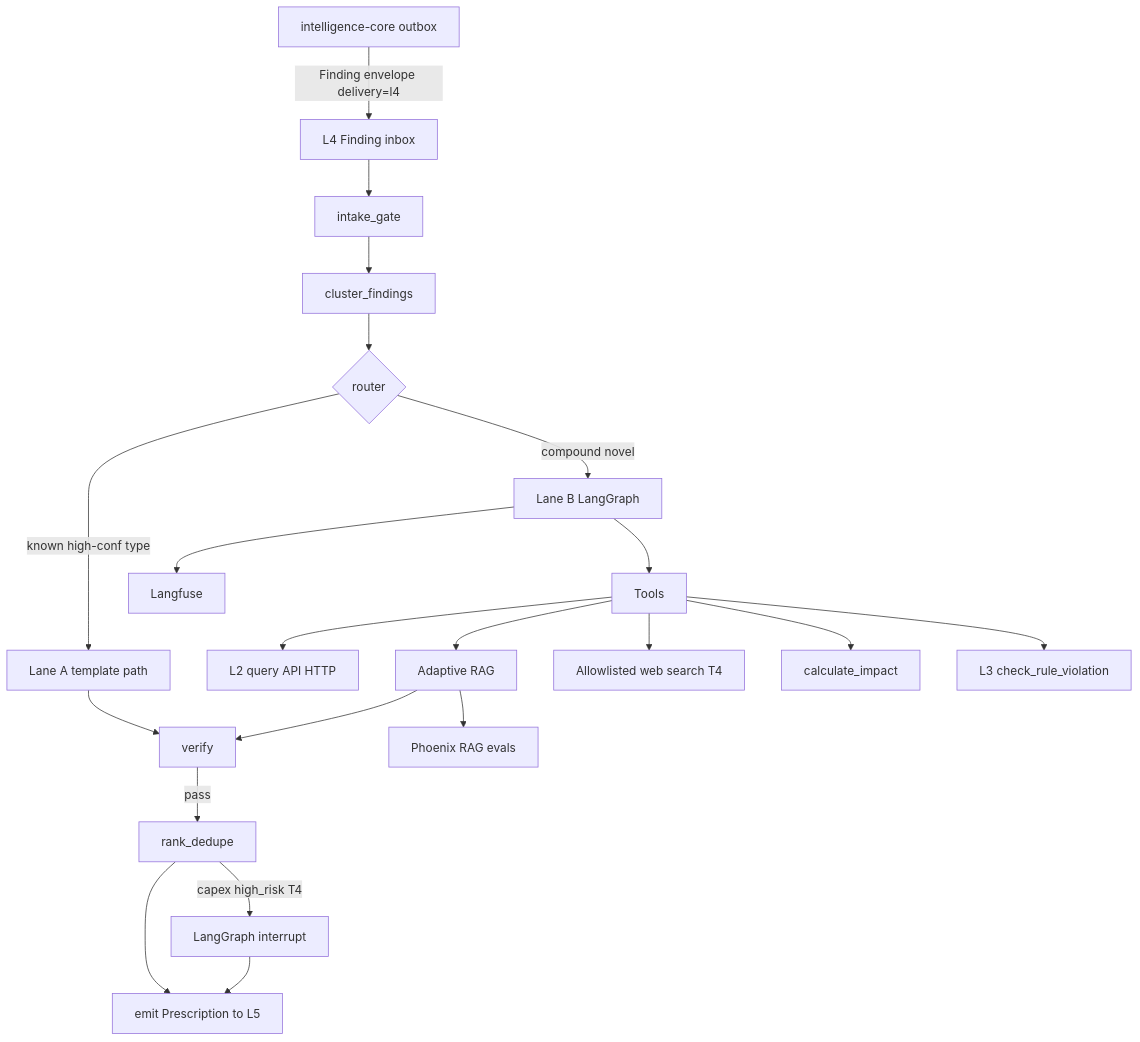
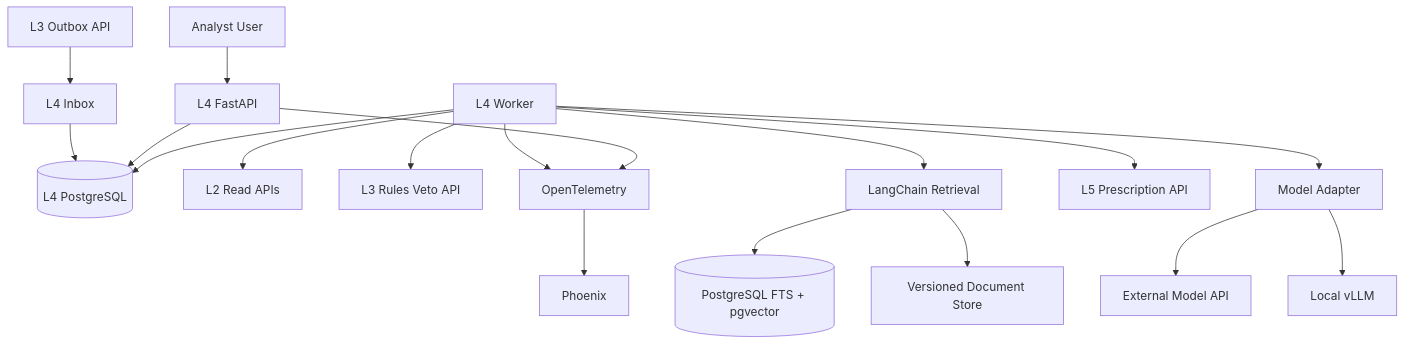
The first of 3 diagrams in technical/layers/L4-knowledge-and-reasoning.md (Vinayak-RZ/stamped-external), drawn with Mermaid before and after one commit. The commit also changed other lines of this file and 1 other file, not shown here.

Commit message:
docs(l4): redesign pilot agent architecture

````diff
--- a/technical/layers/L4-knowledge-and-reasoning.md
+++ b/technical/layers/L4-knowledge-and-reasoning.md
@@ -64,23 +162,20 @@
 ```mermaid
 flowchart TB
-  L3[intelligence-core outbox] -->|Finding envelope delivery=l4| Inbox[L4 Finding inbox]
-  Inbox --> Gate[intake_gate]
-  Gate --> Cluster[cluster_findings]
-  Cluster --> Route{router}
-  Route -->|known high-conf type| LaneA[Lane A template path]
-  Route -->|compound novel| LaneB[Lane B LangGraph]
-  LaneA --> Verifier
-  LaneB --> Tools
-  Tools --> L2[L2 query API HTTP]
-  Tools --> Corpus[Adaptive RAG]
-  Tools --> Web[Allowlisted web search T4]
-  Tools --> Impact[calculate_impact]
-  Tools --> Veto[L3 check_rule_violation]
-  Corpus --> Verifier[verify]
-  Verifier -->|pass| Rank[rank_dedupe]
-  Rank --> Emit[emit Prescription to L5]
-  Rank -->|capex high_risk T4| HITL[LangGraph interrupt]
-  HITL --> Emit
-  LaneB --> Trace[Langfuse]
-  Corpus --> Phoenix[Phoenix RAG evals]
+  L3[L3 Outbox API] --> Inbox[L4 Inbox]
+  AnalystUser[Analyst User] --> Api[L4 FastAPI]
+  Inbox --> Jobs[(L4 PostgreSQL)]
+  Api --> Jobs
+  Worker[L4 Worker] --> Jobs
+  Worker --> L2[L2 Read APIs]
+  Worker --> Veto[L3 Rules Veto API]
+  Worker --> Search[LangChain Retrieval]
+  Search --> Corpus[(PostgreSQL FTS + pgvector)]
+  Search --> Docs[Versioned Document Store]
+  Worker --> Models[Model Adapter]
+  Models --> Cloud[External Model API]
+  Models --> Local[Local vLLM]
+  Worker --> L5[L5 Prescription API]
+  Worker --> OTel[OpenTelemetry]
+  Api --> OTel
+  OTel --> Phoenix[Phoenix]
 ```
````
